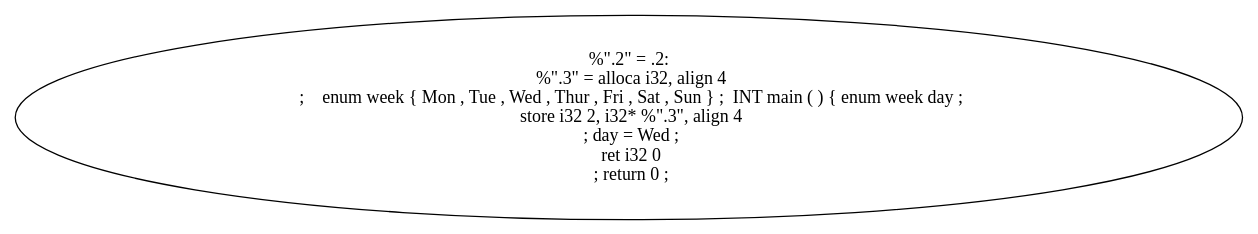
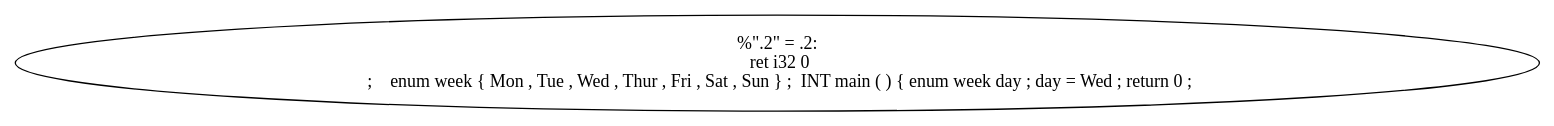
Before and after one commit to Are-you-listening/Compilers: the diagram in example_source_files/31_enumeration/31_enumeration_cfg_main.dot, drawn with Graphviz. The commit also changed 279 other files, not shown here.

```diff
--- a/example_source_files/31_enumeration/31_enumeration_cfg_main.dot
+++ b/example_source_files/31_enumeration/31_enumeration_cfg_main.dot
@@ -1,9 +1,5 @@
 digraph AST {
-  "125007879462800" [label="%\".2\" = .2:
-  %\".3\" = alloca i32, align 4
-  ;    enum week { Mon , Tue , Wed , Thur , Fri , Sat , Sun } ;  INT main ( ) { enum week day ;
-  store i32 2, i32* %\".3\", align 4
-  ; day = Wed ;
+  "134789731634144" [label="%\".2\" = .2:
   ret i32 0
-  ; return 0 ;"];
+  ;    enum week { Mon , Tue , Wed , Thur , Fri , Sat , Sun } ;  INT main ( ) { enum week day ; day = Wed ; return 0 ;"];
 }
```
